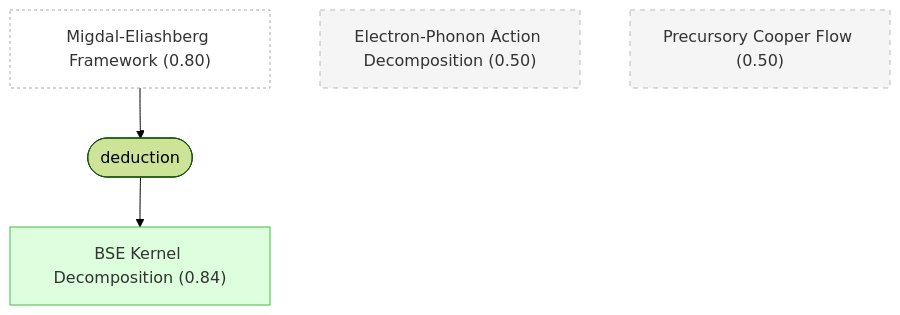
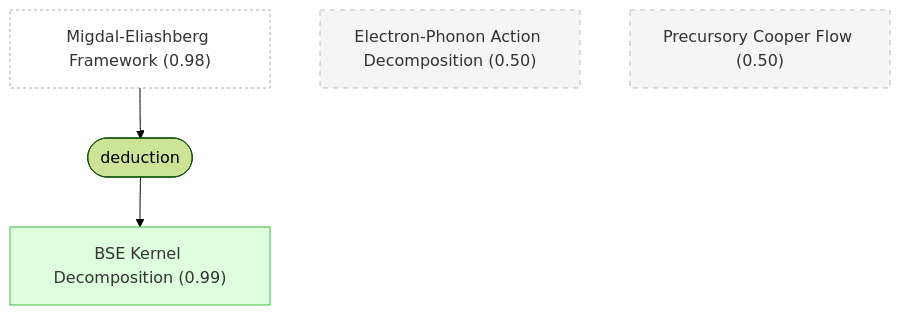
Before and after one commit to kunyuan/SuperconductivityElectronLiquids.gaia: the second of 6 diagrams in docs/detailed-reasoning.md, drawn with Mermaid (forest theme). The commit also changed other lines of this file and 21 other files, not shown here.

````diff
--- a/docs/detailed-reasoning.md
+++ b/docs/detailed-reasoning.md
@@ -231,20 +231,20 @@
 ```mermaid
 graph TD
-    me_framework["Migdal-Eliashberg Framework (0.80)"]:::external
+    me_framework["Migdal-Eliashberg Framework (0.98)"]:::external
     electron_phonon_action["Electron-Phonon Action Decomposition (0.50)"]:::background
-    bse_kernel_decomposition["BSE Kernel Decomposition (0.84)"]:::derived
+    bse_kernel_decomposition["BSE Kernel Decomposition (0.99)"]:::derived
     precursory_cooper_flow["Precursory Cooper Flow (0.50)"]:::background
     strat_5(["deduction"])
     me_framework --> strat_5
     strat_5 --> bse_kernel_decomposition
 
     classDef note fill:#f0f0f0,stroke:#999,color:#333
     classDef premise fill:#ddeeff,stroke:#4488bb,color:#333
     classDef derived fill:#ddffdd,stroke:#44bb44,color:#333
     classDef question fill:#fff3dd,stroke:#cc9944,color:#333
     classDef background fill:#f5f5f5,stroke:#bbb,stroke-dasharray: 5 5,color:#333
     classDef orphan fill:#fff,stroke:#ccc,stroke-dasharray: 5 5,color:#333
     classDef external fill:#fff,stroke:#aaa,stroke-dasharray: 3 3,color:#333
     classDef weak fill:#fff9c4,stroke:#f9a825,stroke-dasharray: 5 5,color:#333
     classDef contra fill:#ffebee,stroke:#c62828,color:#333
 ```
````
